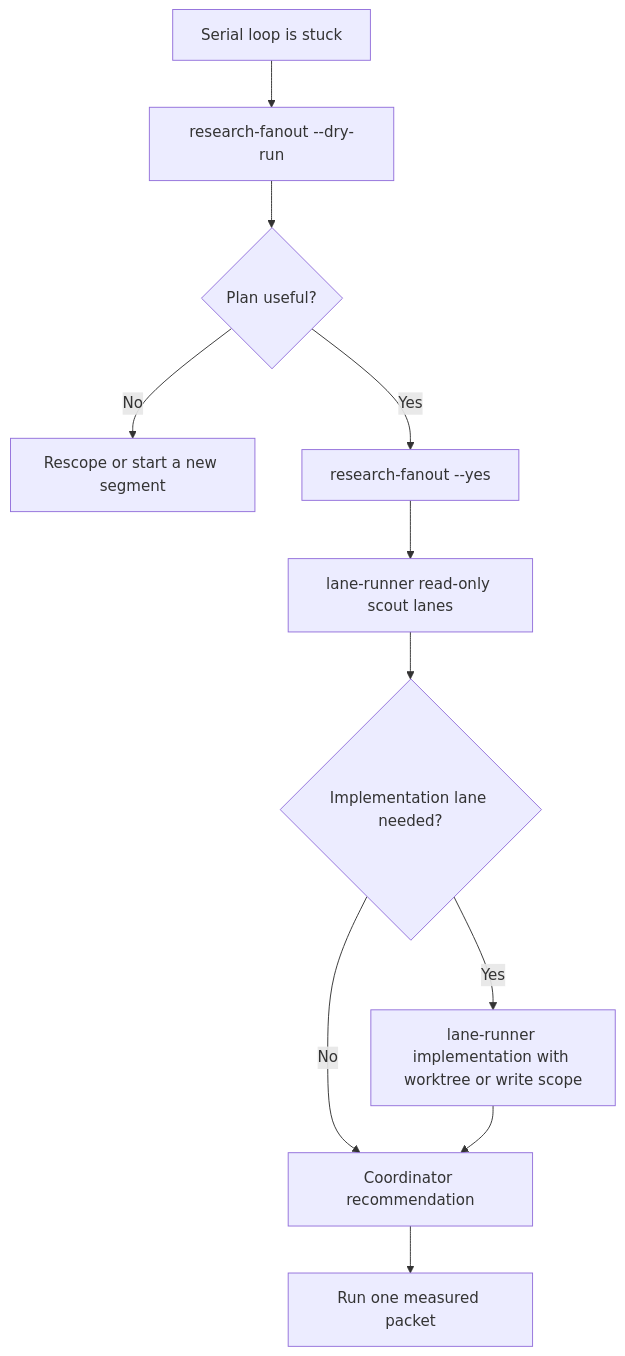
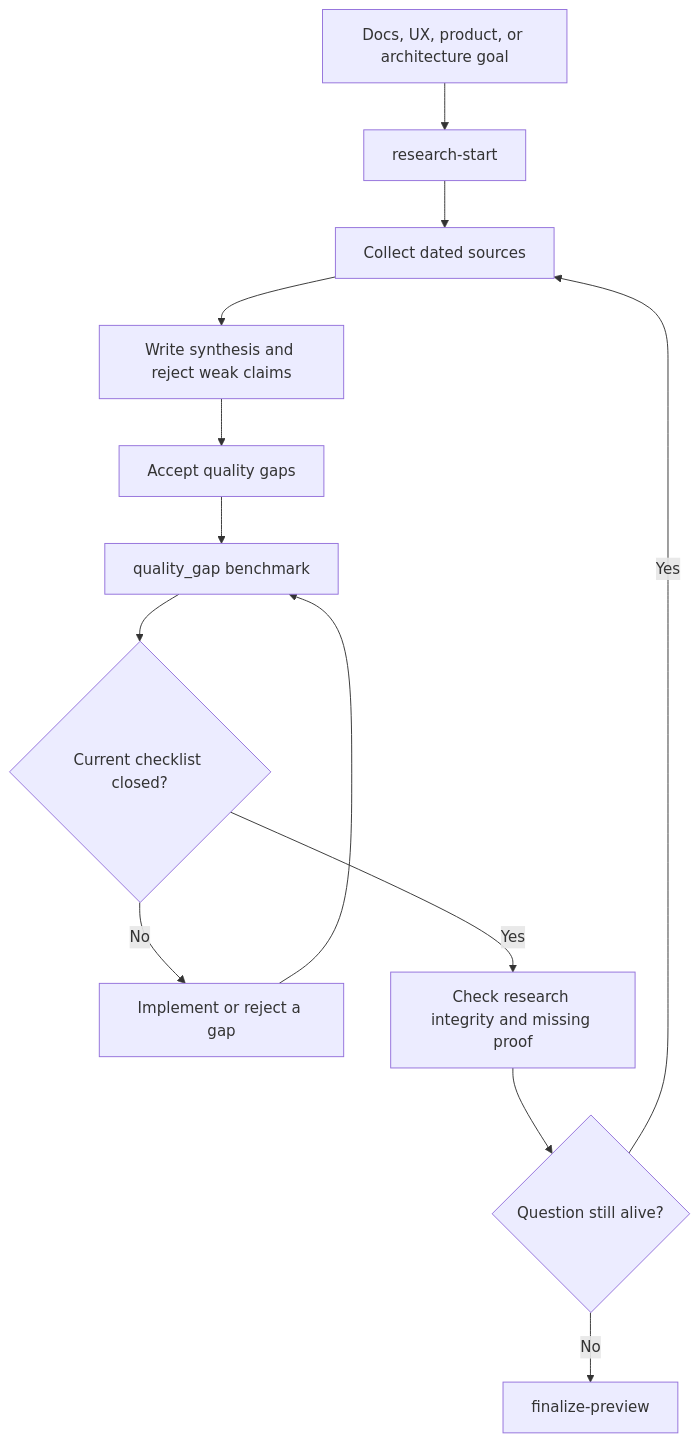
Before and after one commit to TheGreenCedar/codex-autoresearch: the third of 4 diagrams in plugins/codex-autoresearch/docs/workflows.md, drawn with Mermaid. The commit also changed other lines of this file and 98 other files, not shown here.

````diff
--- a/plugins/codex-autoresearch/docs/workflows.md
+++ b/plugins/codex-autoresearch/docs/workflows.md
@@ -68,13 +44,15 @@
 ```mermaid
 flowchart TD
-  A["Serial loop is stuck"] --> B["research-fanout --dry-run"]
-  B --> C{"Plan useful?"}
-  C -- "No" --> D["Rescope or start a new segment"]
-  C -- "Yes" --> E["research-fanout --yes"]
-  E --> F["lane-runner read-only scout lanes"]
-  F --> G{"Implementation lane needed?"}
-  G -- "No" --> H["Coordinator recommendation"]
-  G -- "Yes" --> I["lane-runner implementation with worktree or write scope"]
-  I --> H
-  H --> J["Run one measured packet"]
+  A["Docs, UX, product, or architecture goal"] --> B["research-start"]
+  B --> C["Collect dated sources"]
+  C --> D["Write synthesis and reject weak claims"]
+  D --> E["Accept quality gaps"]
+  E --> F["quality_gap benchmark"]
+  F --> G{"Current checklist closed?"}
+  G -- "No" --> H["Implement or reject a gap"]
+  H --> F
+  G -- "Yes" --> I["Check research integrity and missing proof"]
+  I --> J{"Question still alive?"}
+  J -- "Yes" --> C
+  J -- "No" --> K["finalize-preview"]
 ```
````
